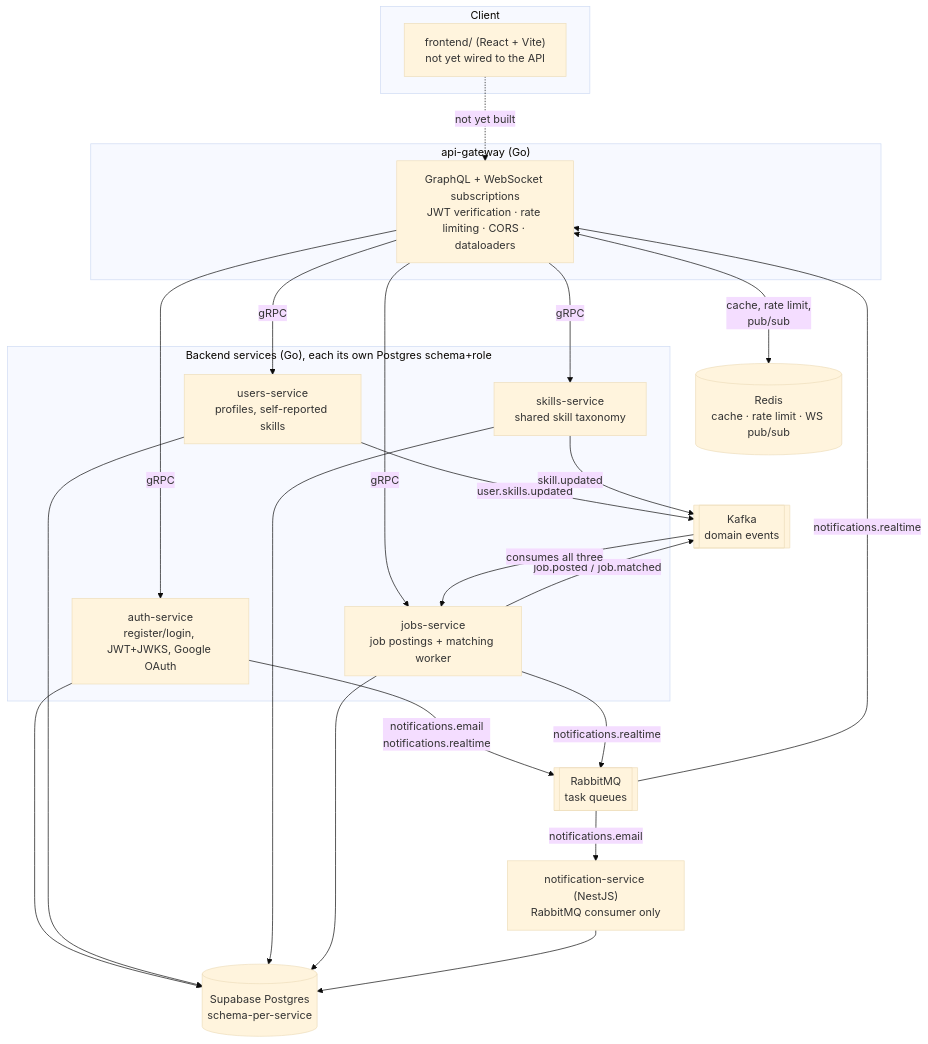
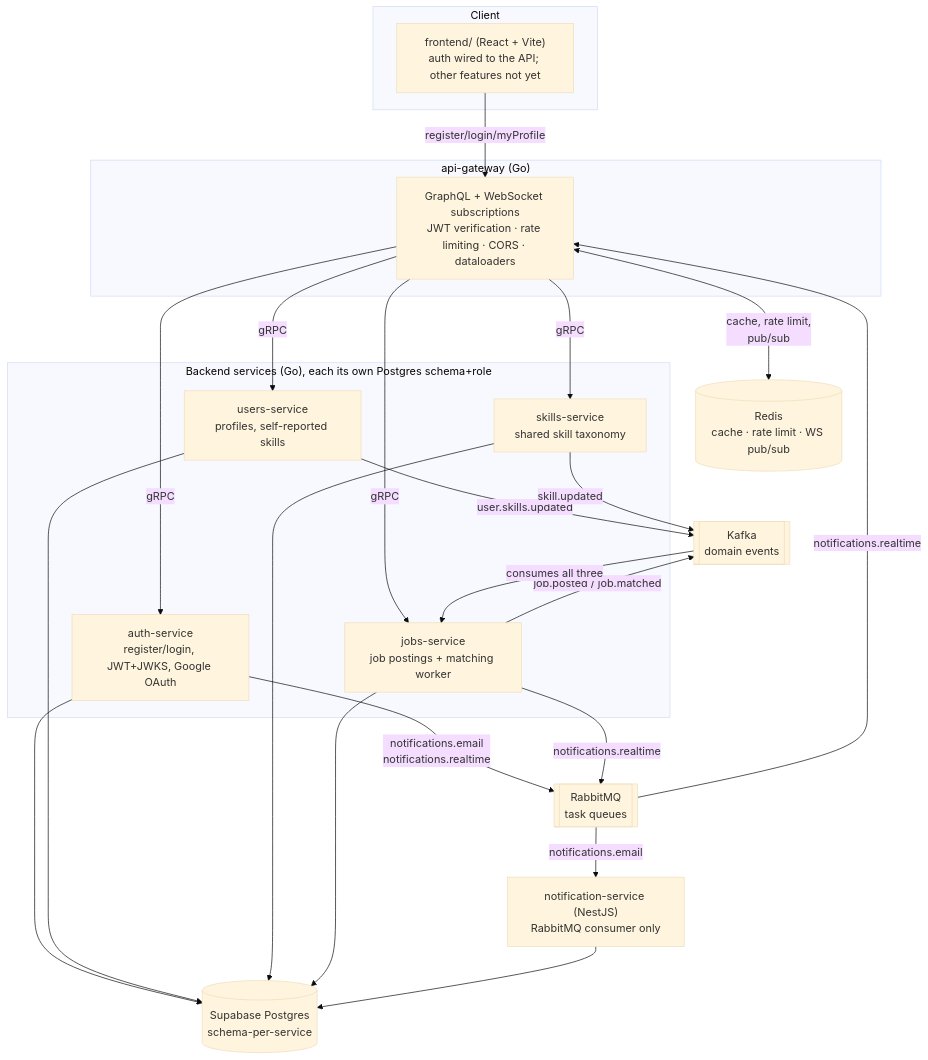
The diagram in docs/ARCHITECTURE.md (Siddsharma25/skill-bridge-platform), drawn with Mermaid (base theme) before and after one commit. The commit also changed other lines of this file and 19 other files, not shown here.

First line of the commit message:
Wire frontend auth to the live backend (register/login/profile)

````diff
--- a/docs/ARCHITECTURE.md
+++ b/docs/ARCHITECTURE.md
@@ -7,47 +7,47 @@
 ```mermaid
 flowchart TB
     subgraph client["Client"]
-        FE["frontend/ (React + Vite)\nnot yet wired to the API"]
+        FE["frontend/ (React + Vite)\nauth wired to the API; other features not yet"]
     end
 
     subgraph gw["api-gateway (Go)"]
         GQL["GraphQL + WebSocket subscriptions\nJWT verification · rate limiting · CORS · dataloaders"]
     end
 
     subgraph services["Backend services (Go), each its own Postgres schema+role"]
         AUTH["auth-service\nregister/login, JWT+JWKS, Google OAuth"]
         USERS["users-service\nprofiles, self-reported skills"]
         SKILLS["skills-service\nshared skill taxonomy"]
         JOBS["jobs-service\njob postings + matching worker"]
     end
 
     NOTIF["notification-service (NestJS)\nRabbitMQ consumer only"]
 
     DB[("Supabase Postgres\nschema-per-service")]
     REDIS[("Redis\ncache · rate limit · WS pub/sub")]
     KAFKA[["Kafka\ndomain events"]]
     RABBIT[["RabbitMQ\ntask queues"]]
 
-    FE -.->|"not yet built"| GQL
+    FE -->|"register/login/myProfile"| GQL
     GQL -->|gRPC| AUTH
     GQL -->|gRPC| USERS
     GQL -->|gRPC| SKILLS
     GQL -->|gRPC| JOBS
     GQL <-->|"cache, rate limit,\npub/sub"| REDIS
 
     AUTH --> DB
     USERS --> DB
     SKILLS --> DB
     JOBS --> DB
     NOTIF --> DB
 
     USERS -- "user.skills.updated" --> KAFKA
     SKILLS -- "skill.updated" --> KAFKA
     JOBS -- "job.posted / job.matched" --> KAFKA
     KAFKA -- "consumes all three" --> JOBS
 
     AUTH -- "notifications.email\nnotifications.realtime" --> RABBIT
     JOBS -- "notifications.realtime" --> RABBIT
     RABBIT -- "notifications.email" --> NOTIF
     RABBIT -- "notifications.realtime" --> GQL
 ```
````
